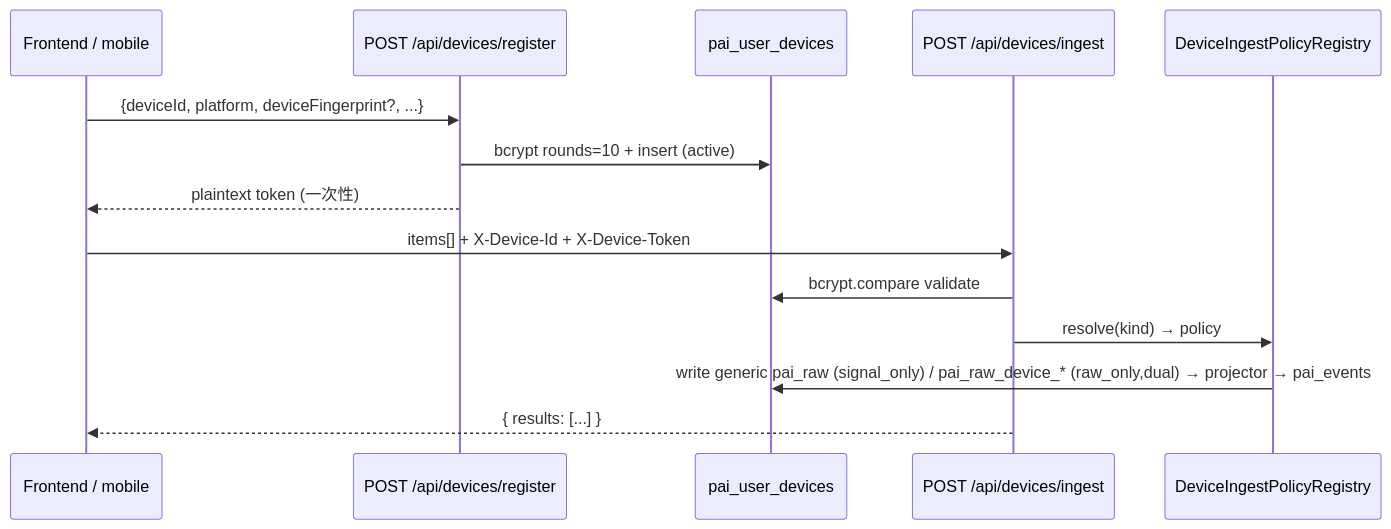
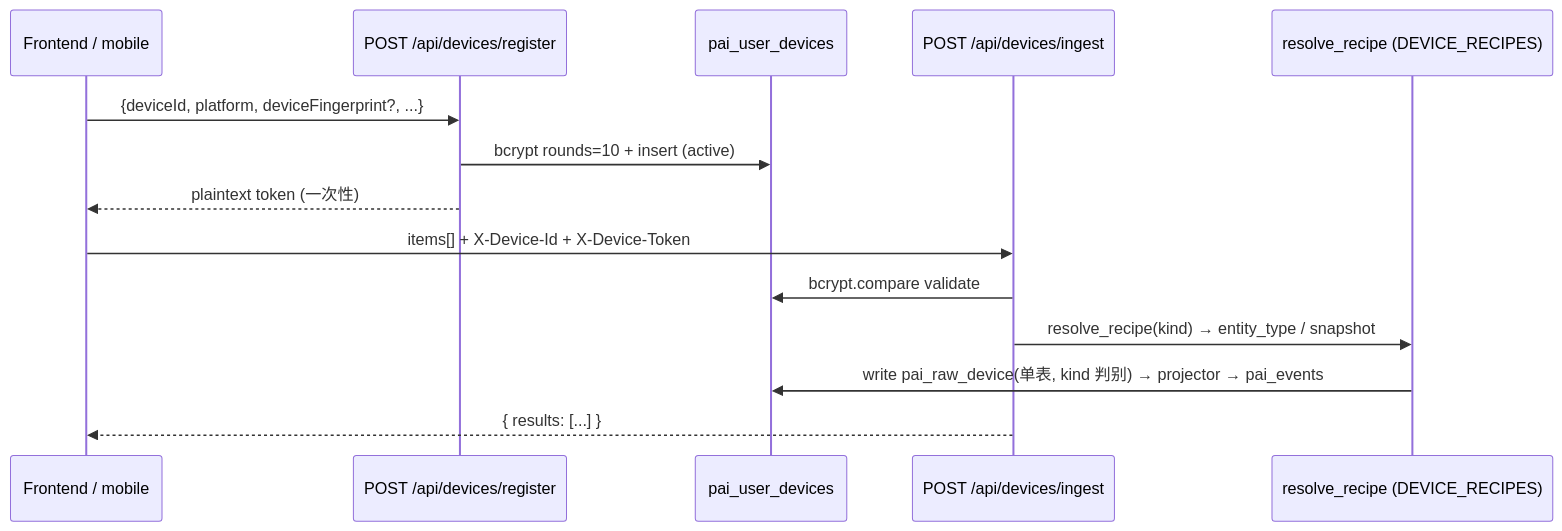
The fourth of 4 diagrams in docs/modules/data-connectors.mdx (Edge-AI-HQ/proactive-assistant), drawn with Mermaid before and after one commit. The commit also changed other lines of this file and 9 other files, not shown here.

````diff
--- a/docs/modules/data-connectors.mdx
+++ b/docs/modules/data-connectors.mdx
@@ -195,17 +178,17 @@
 ```mermaid
 sequenceDiagram
   participant FE as Frontend / mobile
   participant Reg as POST /api/devices/register
   participant DB as pai_user_devices
   participant Ing as POST /api/devices/ingest
-  participant Policy as DeviceIngestPolicyRegistry
+  participant Recipes as resolve_recipe (DEVICE_RECIPES)
 
   FE->>Reg: {deviceId, platform, deviceFingerprint?, ...}
   Reg->>DB: bcrypt rounds=10 + insert (active)
   Reg-->>FE: plaintext token (一次性)
   FE->>Ing: items[] + X-Device-Id + X-Device-Token
   Ing->>DB: bcrypt.compare validate
-  Ing->>Policy: resolve(kind) → policy
-  Policy->>DB: write generic pai_raw (signal_only) / pai_raw_device_* (raw_only,dual) → projector → pai_events
+  Ing->>Recipes: resolve_recipe(kind) → entity_type / snapshot
+  Recipes->>DB: write pai_raw_device(单表, kind 判别) → projector → pai_events
   Ing-->>FE: { results: [...] }
 ```
````
